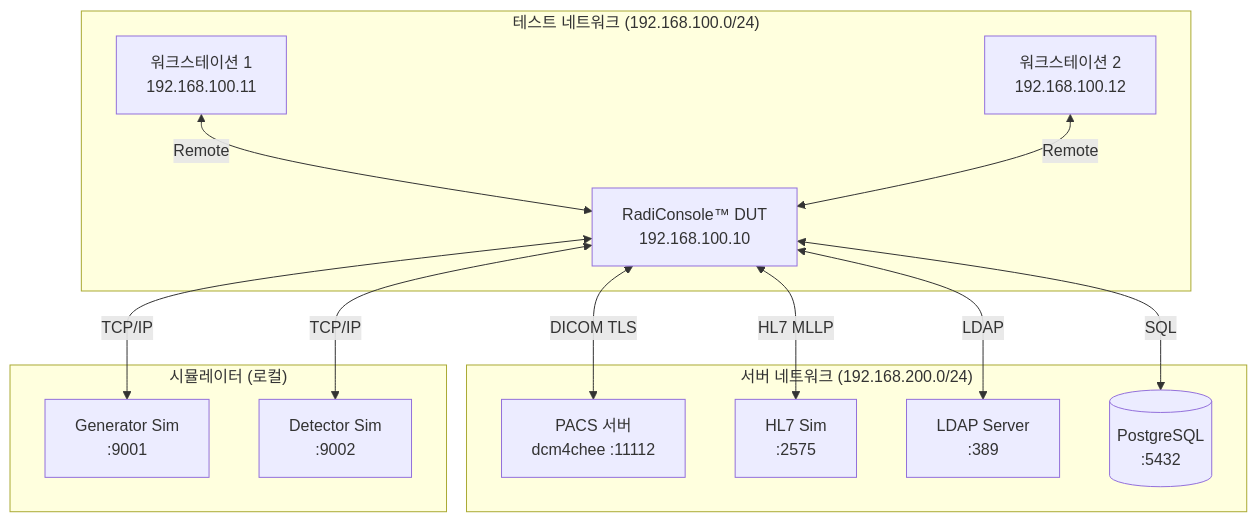
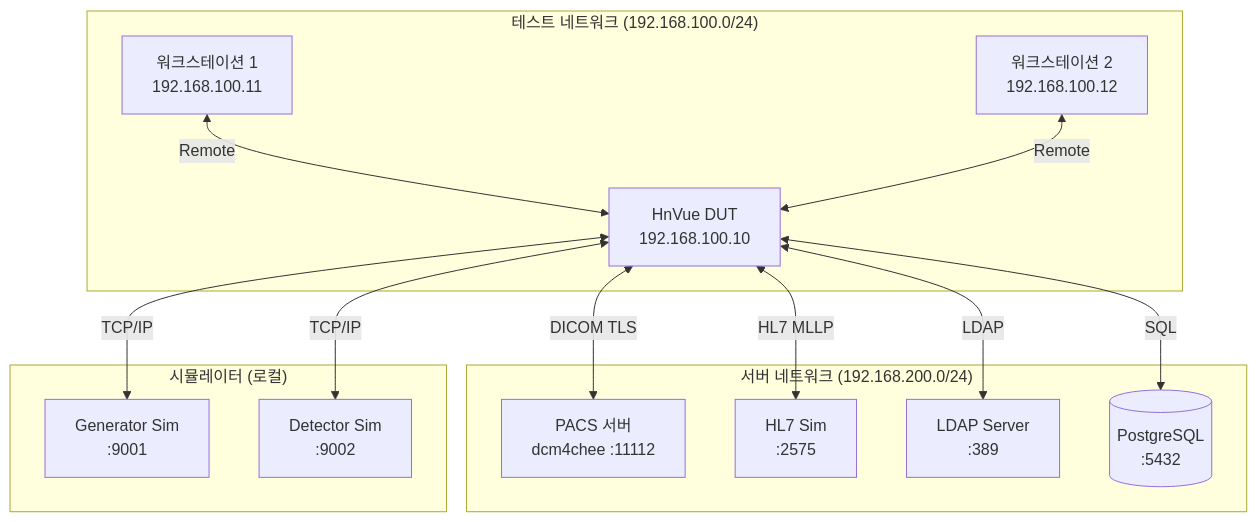
The sixth of 7 diagrams in docs/testing/DOC-014_SystemTestPlan_v1.0.md (holee9/console-gui), drawn with Mermaid before and after one commit. The commit also changed other lines of this file and 40 other files, not shown here.

````diff
--- a/docs/testing/DOC-014_SystemTestPlan_v1.0.md
+++ b/docs/testing/DOC-014_SystemTestPlan_v1.0.md
@@ -452,26 +452,26 @@
 ```mermaid
 graph TD
     subgraph "테스트 네트워크 (192.168.100.0/24)"
-        DUT[RadiConsole™ DUT\n192.168.100.10]
+        DUT[HnVue DUT\n192.168.100.10]
         WS1[워크스테이션 1\n192.168.100.11]
         WS2[워크스테이션 2\n192.168.100.12]
     end
     subgraph "서버 네트워크 (192.168.200.0/24)"
         PACS[PACS 서버\ndcm4chee :11112]
         HL7SIM[HL7 Sim\n:2575]
         LDAP2[LDAP Server\n:389]
         DB3[(PostgreSQL\n:5432)]
     end
     subgraph "시뮬레이터 (로컬)"
         GenSim[Generator Sim\n:9001]
         DetSim[Detector Sim\n:9002]
     end
     DUT <-->|DICOM TLS| PACS
     DUT <-->|HL7 MLLP| HL7SIM
     DUT <-->|LDAP| LDAP2
     DUT <-->|SQL| DB3
     DUT <-->|TCP/IP| GenSim
     DUT <-->|TCP/IP| DetSim
     WS1 <-->|Remote| DUT
     WS2 <-->|Remote| DUT
 ```
````
